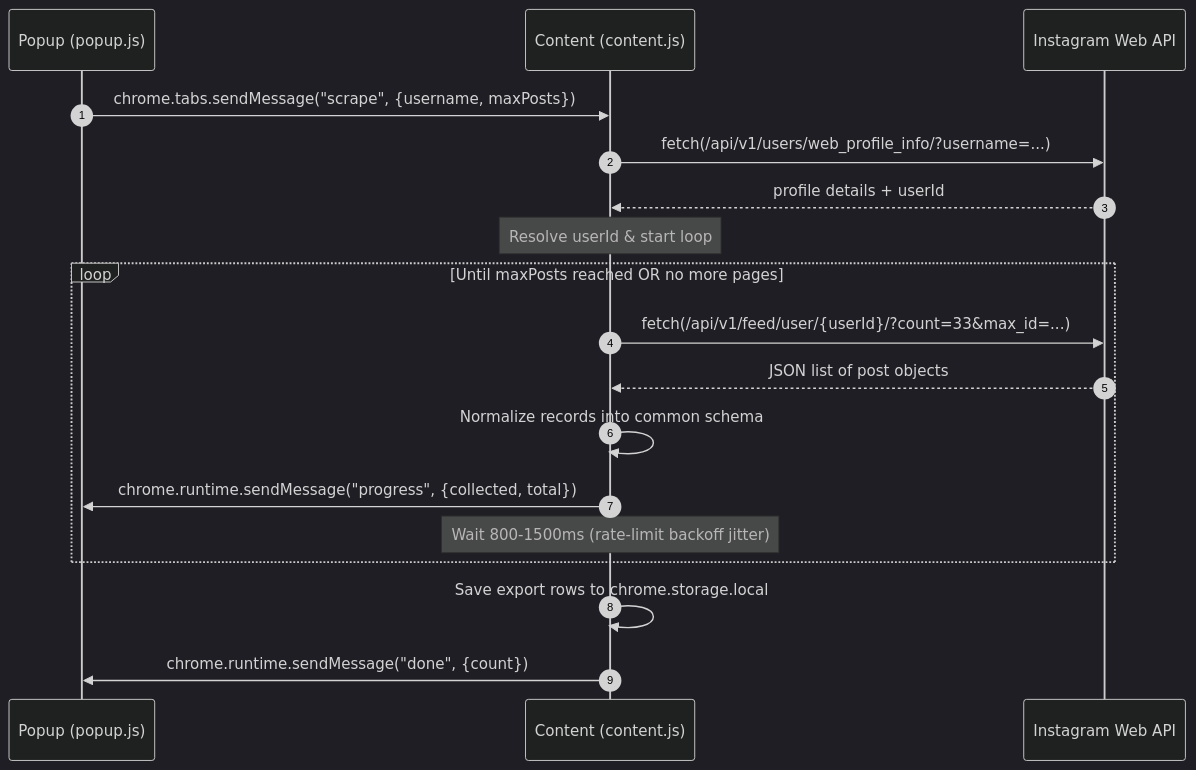
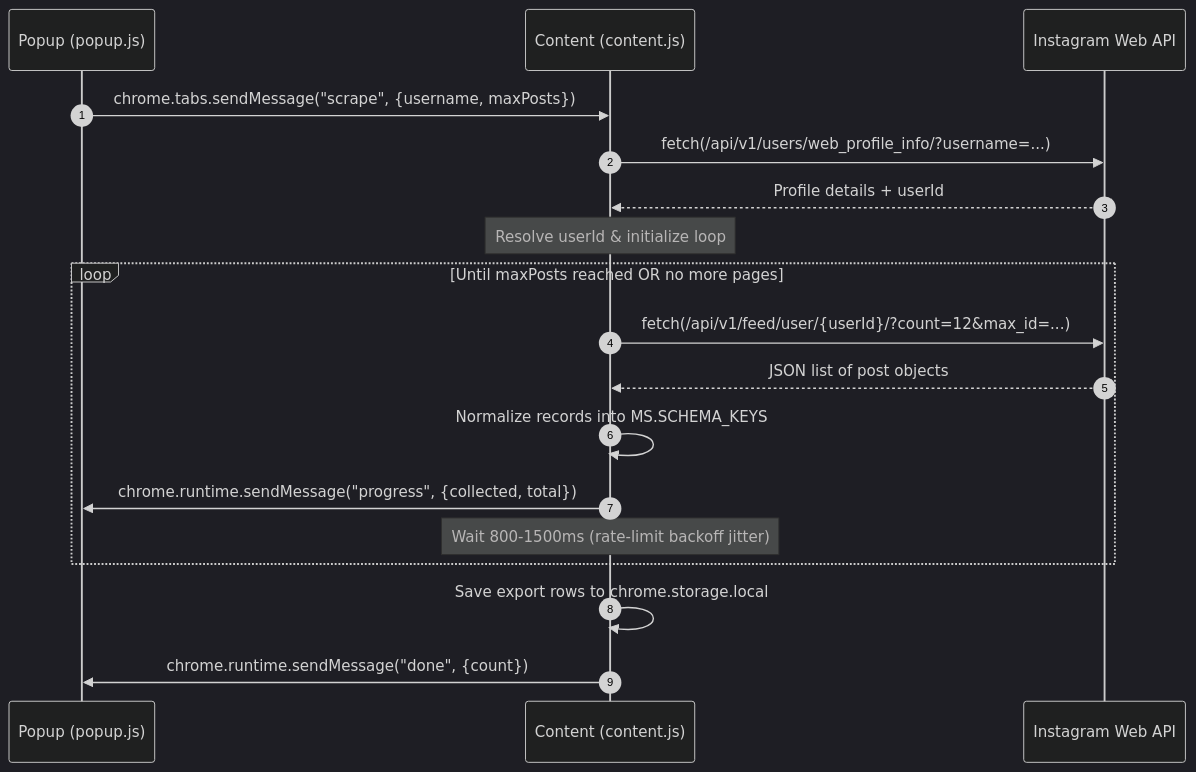
The second of 5 diagrams in docs/architecture.md (jim788e/Multiscraper), drawn with Mermaid (dark theme) before and after one commit. The commit also changed other lines of this file and 8 other files, not shown here.

````diff
--- a/docs/architecture.md
+++ b/docs/architecture.md
@@ -66,23 +68,23 @@
 ```mermaid
 sequenceDiagram
     autonumber
     participant P as Popup (popup.js)
     participant C as Content (content.js)
     participant IG as Instagram Web API
 
     P->>C: chrome.tabs.sendMessage("scrape", {username, maxPosts})
     C->>IG: fetch(/api/v1/users/web_profile_info/?username=...)
-    IG-->>C: profile details + userId
-    Note over C: Resolve userId & start loop
+    IG-->>C: Profile details + userId
+    Note over C: Resolve userId & initialize loop
 
     loop Until maxPosts reached OR no more pages
-        C->>IG: fetch(/api/v1/feed/user/{userId}/?count=33&max_id=...)
+        C->>IG: fetch(/api/v1/feed/user/{userId}/?count=12&max_id=...)
         IG-->>C: JSON list of post objects
-        C->>C: Normalize records into common schema
+        C->>C: Normalize records into MS.SCHEMA_KEYS
         C->>P: chrome.runtime.sendMessage("progress", {collected, total})
         Note over C: Wait 800-1500ms (rate-limit backoff jitter)
     end
 
     C->>C: Save export rows to chrome.storage.local
     C->>P: chrome.runtime.sendMessage("done", {count})
 ```
````
